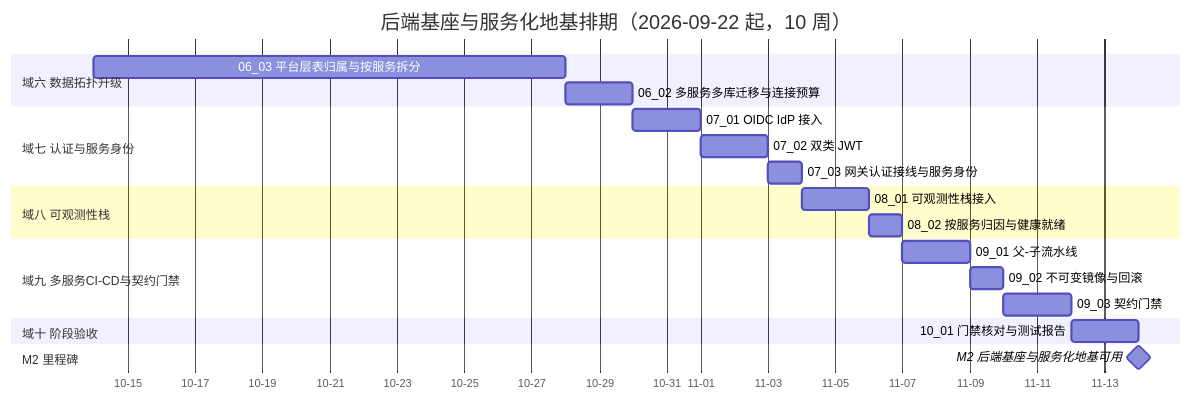
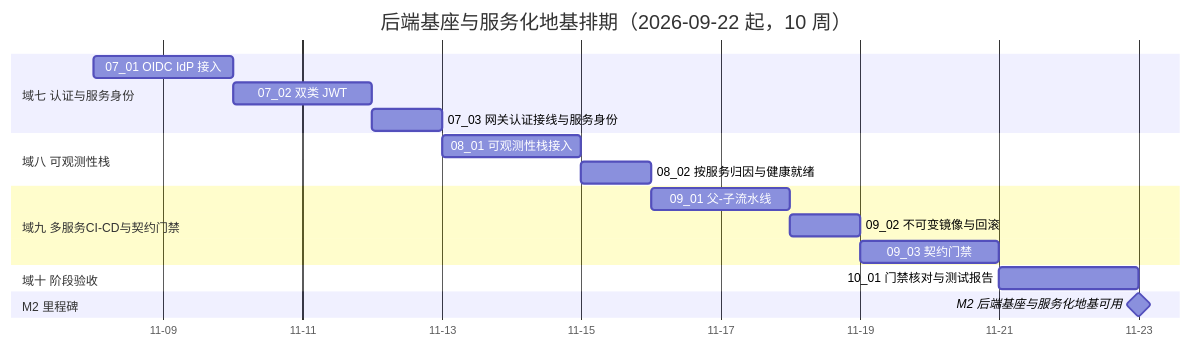
Before and after one commit to minjian123/basic-management-system: the diagram in bms文档/项目/02_后端基座与服务化地基/计划/01_计划_后端基座与服务化地基.md, drawn with Mermaid. The commit also changed other lines of this file and 5 other files, not shown here.

````diff
--- a/bms文档/项目/02_后端基座与服务化地基/计划/01_计划_后端基座与服务化地基.md
+++ b/bms文档/项目/02_后端基座与服务化地基/计划/01_计划_后端基座与服务化地基.md
@@ -58,24 +58,21 @@
 ```mermaid
 gantt
     title 后端基座与服务化地基排期（2026-09-22 起，10 周）
     dateFormat  YYYY-MM-DD
     axisFormat %m-%d
-    section 域六 数据拓扑升级
-    06_03 平台层表归属与按服务拆分 :a0603, 2026-10-14, 14d
-    06_02 多服务多库迁移与连接预算 :a0602, after a0603, 2d
     section 域七 认证与服务身份
-    07_01 OIDC IdP 接入 :a0701, after a0602, 2d
+    07_01 OIDC IdP 接入 :a0701, 2026-11-08, 2d
     07_02 双类 JWT :a0702, after a0701, 2d
     07_03 网关认证接线与服务身份 :a0703, after a0702, 1d
     section 域八 可观测性栈
     08_01 可观测性栈接入 :a0801, after a0703, 2d
     08_02 按服务归因与健康就绪 :a0802, after a0801, 1d
     section 域九 多服务CI-CD与契约门禁
     09_01 父-子流水线 :a0901, after a0802, 2d
     09_02 不可变镜像与回滚 :a0902, after a0901, 1d
     09_03 契约门禁 :a0903, after a0902, 2d
     section 域十 阶段验收
     10_01 门禁核对与测试报告 :a1001, after a0903, 2d
     section M2 里程碑
     M2 后端基座与服务化地基可用 :milestone, mm2, after a1001, 0d
 ```
````
